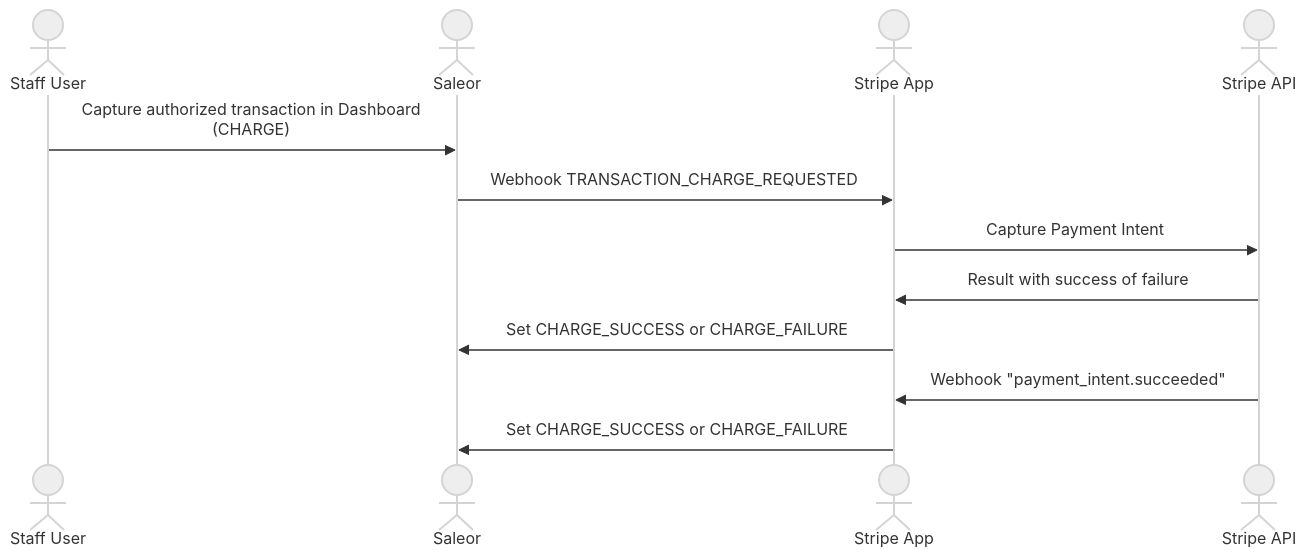
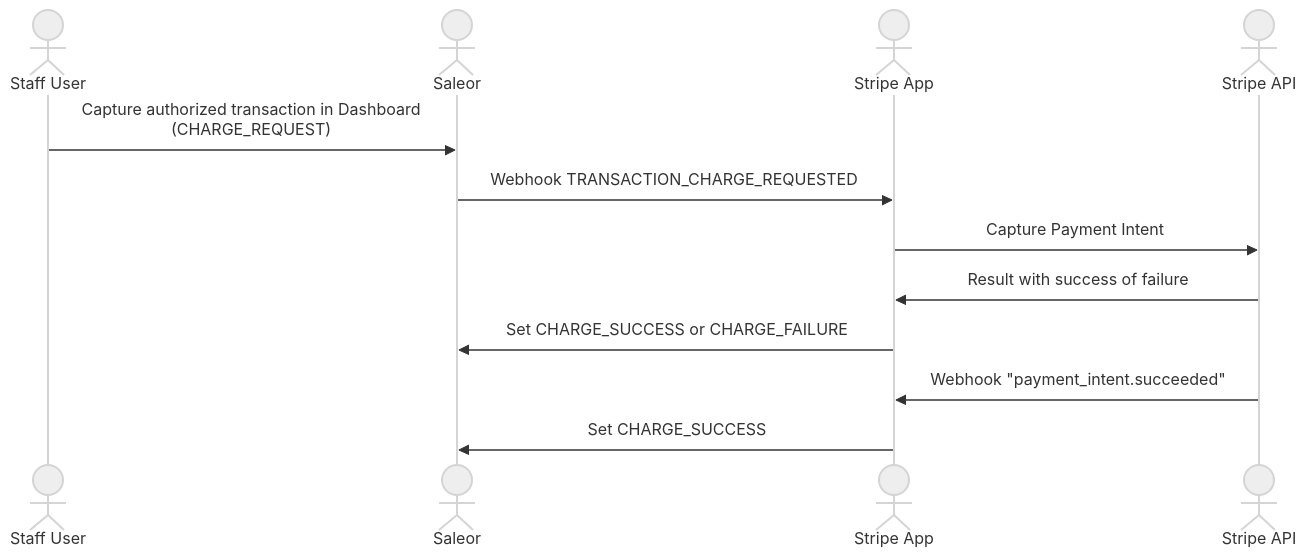
The fifth of 10 diagrams in docs/developer/app-store/apps/stripe/architecture.mdx (saleor/saleor-docs), drawn with Mermaid (neutral theme) before and after one commit. The commit also changed other lines of this file and 1 other file, not shown here.

Commit message:
update diagrams

````diff
--- a/docs/developer/app-store/apps/stripe/architecture.mdx
+++ b/docs/developer/app-store/apps/stripe/architecture.mdx
@@ -200,16 +201,16 @@
 ```mermaid
 sequenceDiagram
     %% actor Storefront
     actor Staff User
     actor Saleor
     actor Stripe App
     actor Stripe API
 
-    Staff User->>Saleor: Capture authorized transaction in Dashboard <br/>(CHARGE)
+    Staff User->>Saleor: Capture authorized transaction in Dashboard <br/>(CHARGE_REQUEST)
     Saleor ->> Stripe App: Webhook TRANSACTION_CHARGE_REQUESTED
     Stripe App ->> Stripe API: Capture Payment Intent
     Stripe API ->> Stripe App: Result with success of failure
     Stripe App ->> Saleor: Set CHARGE_SUCCESS or CHARGE_FAILURE
     Stripe API ->> Stripe App: Webhook "payment_intent.succeeded"
-    Stripe App ->> Saleor: Set CHARGE_SUCCESS or CHARGE_FAILURE
+    Stripe App ->> Saleor: Set CHARGE_SUCCESS
 ```
````
